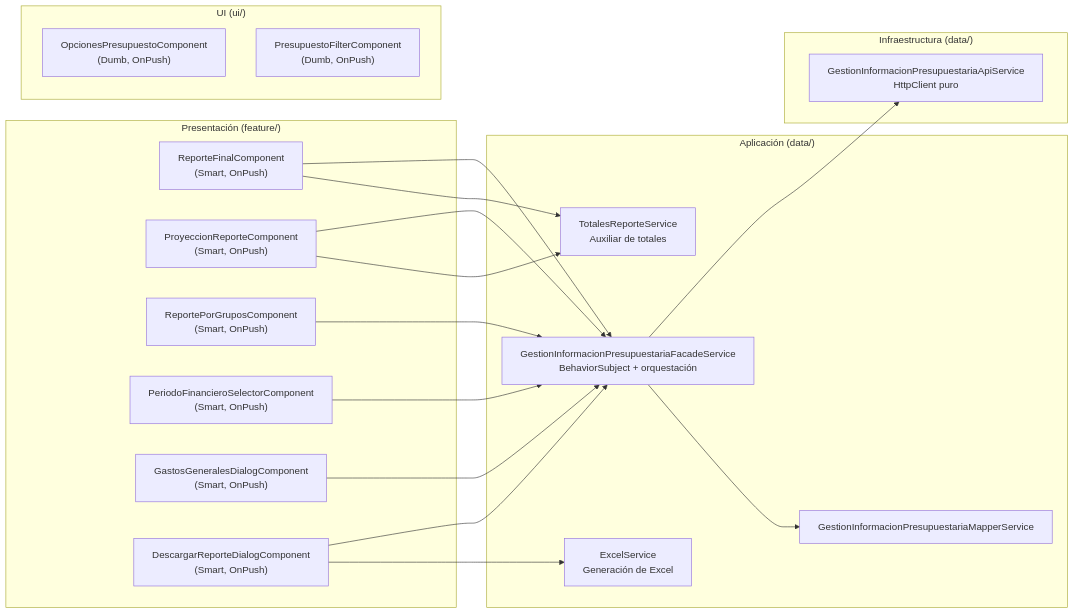
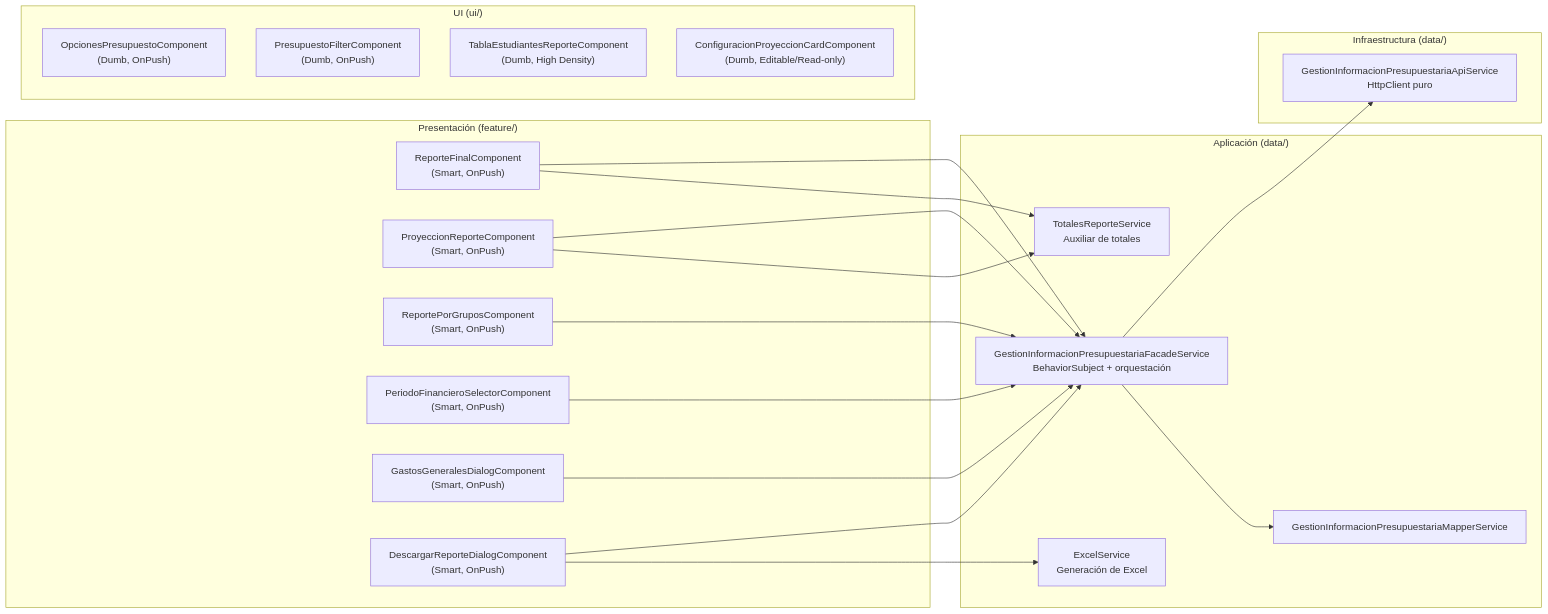
The first of 2 diagrams in docs/modules/gestion-informacion-presupuestaria.md (unicauca-maestria-computacion/ms-maestriacomputacion-front), drawn with Mermaid before and after one commit. The commit also changed other lines of this file, not shown here.

````diff
--- a/docs/modules/gestion-informacion-presupuestaria.md
+++ b/docs/modules/gestion-informacion-presupuestaria.md
@@ -75,36 +77,38 @@
 ```mermaid
 graph LR
   subgraph "Presentación (feature/)"
     RF["ReporteFinalComponent\n(Smart, OnPush)"]
     PR["ProyeccionReporteComponent\n(Smart, OnPush)"]
     RPG["ReportePorGruposComponent\n(Smart, OnPush)"]
     PFS["PeriodoFinancieroSelectorComponent\n(Smart, OnPush)"]
     GGD["GastosGeneralesDialogComponent\n(Smart, OnPush)"]
     DRD["DescargarReporteDialogComponent\n(Smart, OnPush)"]
   end
   subgraph "UI (ui/)"
     OP["OpcionesPresupuestoComponent\n(Dumb, OnPush)"]
     PF["PresupuestoFilterComponent\n(Dumb, OnPush)"]
+    TER["TablaEstudiantesReporteComponent\n(Dumb, High Density)"]
+    CPC["ConfiguracionProyeccionCardComponent\n(Dumb, Editable/Read-only)"]
   end
   subgraph "Aplicación (data/)"
     F["GestionInformacionPresupuestariaFacadeService\nBehaviorSubject + orquestación"]
     M["GestionInformacionPresupuestariaMapperService"]
     TR["TotalesReporteService\nAuxiliar de totales"]
     EX["ExcelService\nGeneración de Excel"]
   end
   subgraph "Infraestructura (data/)"
     A["GestionInformacionPresupuestariaApiService\nHttpClient puro"]
   end
 
   RF --> F
   PR --> F
   RPG --> F
   PFS --> F
   GGD --> F
   DRD --> F
   DRD --> EX
   F --> A
   F --> M
   RF --> TR
   PR --> TR
 ```
````
